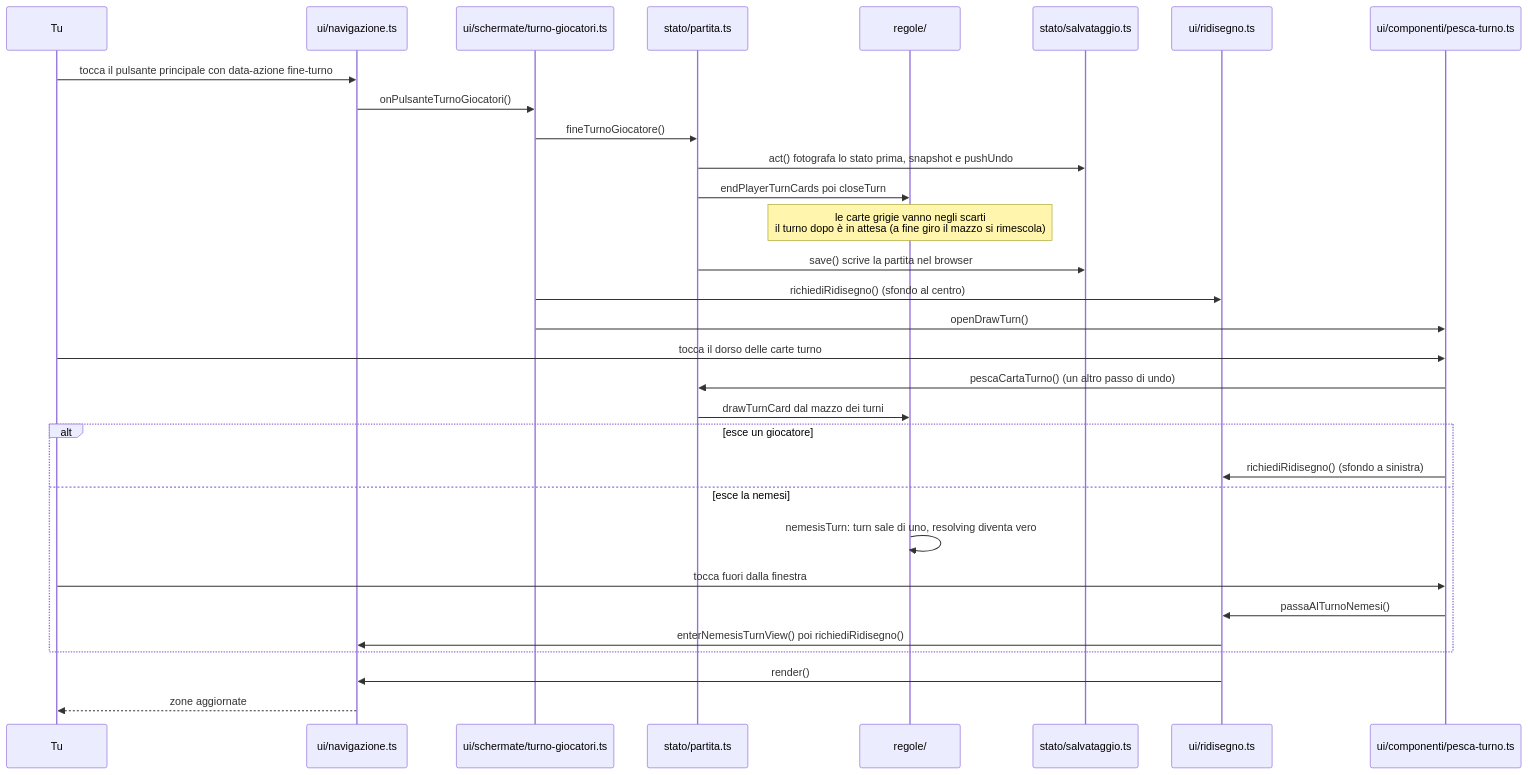
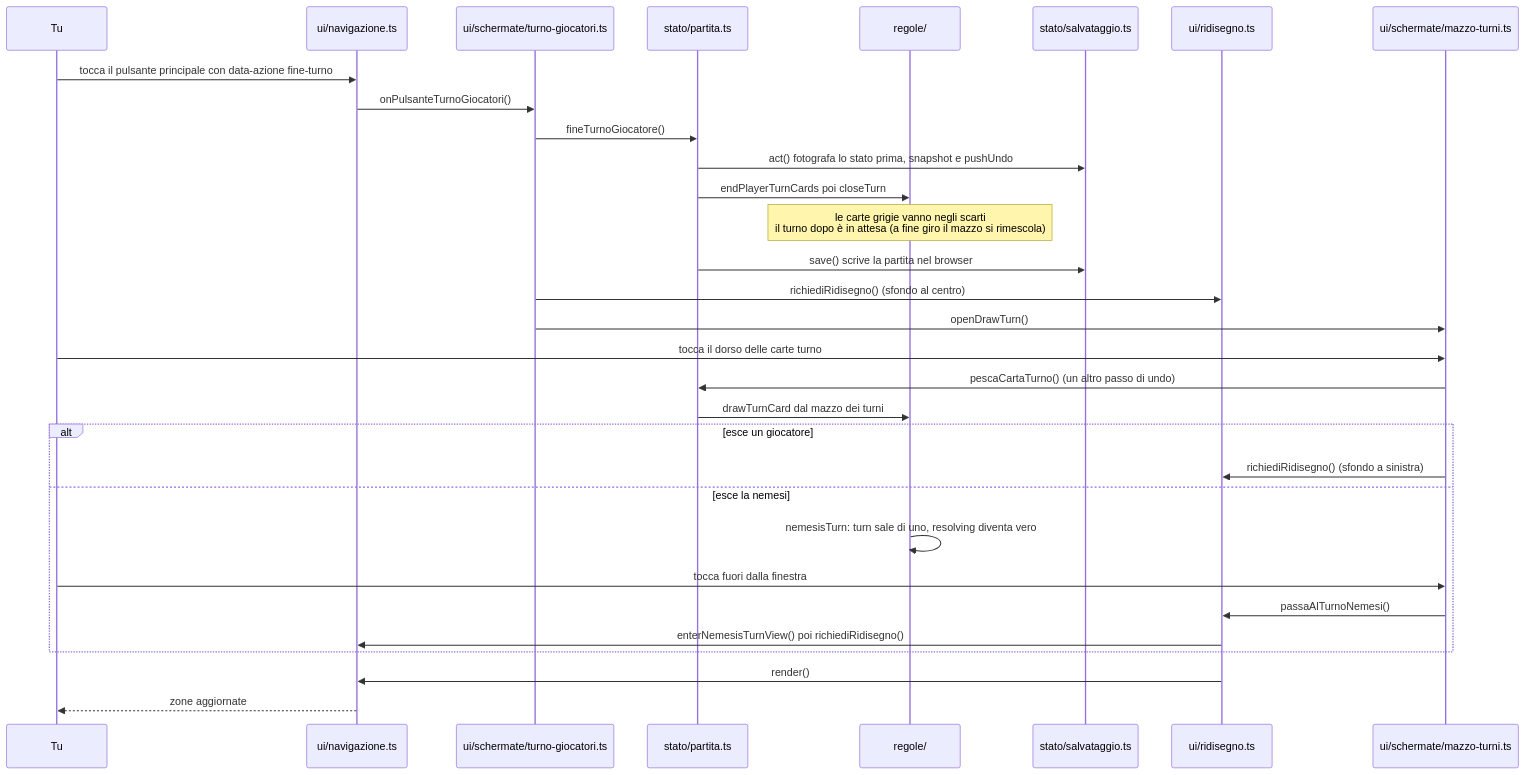
One commit to lorenzvittori/AeonsEnd_App_0.3 changed the second of 4 diagrams in docs/04-un-tocco.md. Above: the diagram before and after it, drawn with Mermaid. The commit also changed other lines of this file and 22 other files, not shown here.

First line of the commit message:
turno: pesca della carta nella schermata del mazzo dei turni

````diff
--- a/docs/04-un-tocco.md
+++ b/docs/04-un-tocco.md
@@ -44,33 +44,33 @@
 ```mermaid
 sequenceDiagram
     participant U as Tu
     participant N as ui/navigazione.ts
     participant G as ui/schermate/turno-giocatori.ts
     participant P as stato/partita.ts
     participant R as regole/
     participant S as stato/salvataggio.ts
     participant A as ui/ridisegno.ts
-    participant W as ui/componenti/pesca-turno.ts
+    participant W as ui/schermate/mazzo-turni.ts
     U->>N: tocca il pulsante principale con data-azione fine-turno
     N->>G: onPulsanteTurnoGiocatori()
     G->>P: fineTurnoGiocatore()
     P->>S: act() fotografa lo stato prima, snapshot e pushUndo
     P->>R: endPlayerTurnCards poi closeTurn
     Note over R: le carte grigie vanno negli scarti<br/>il turno dopo è in attesa (a fine giro il mazzo si rimescola)
     P->>S: save() scrive la partita nel browser
     G->>A: richiediRidisegno() (sfondo al centro)
     G->>W: openDrawTurn()
     U->>W: tocca il dorso delle carte turno
     W->>P: pescaCartaTurno() (un altro passo di undo)
     P->>R: drawTurnCard dal mazzo dei turni
     alt esce un giocatore
         W->>A: richiediRidisegno() (sfondo a sinistra)
     else esce la nemesi
         R->>R: nemesisTurn: turn sale di uno, resolving diventa vero
         U->>W: tocca fuori dalla finestra
         W->>A: passaAlTurnoNemesi()
         A->>N: enterNemesisTurnView() poi richiediRidisegno()
     end
     A->>N: render()
     N-->>U: zone aggiornate
 ```
````
